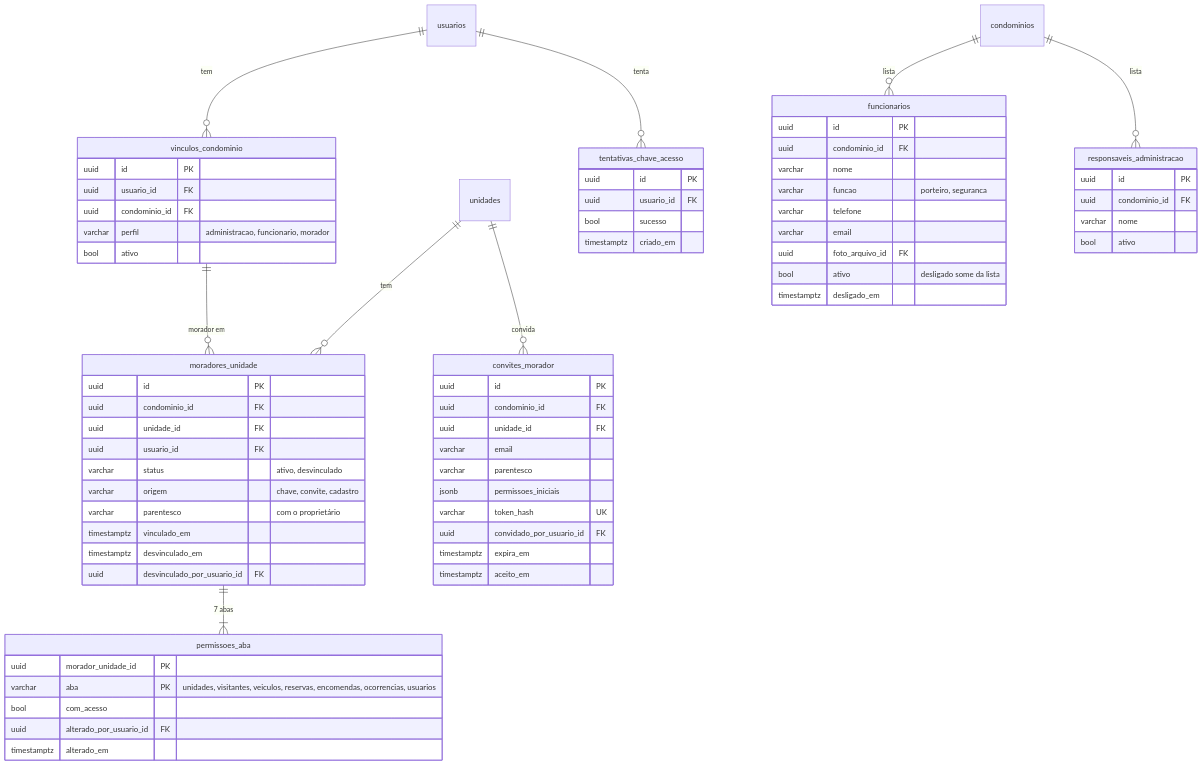
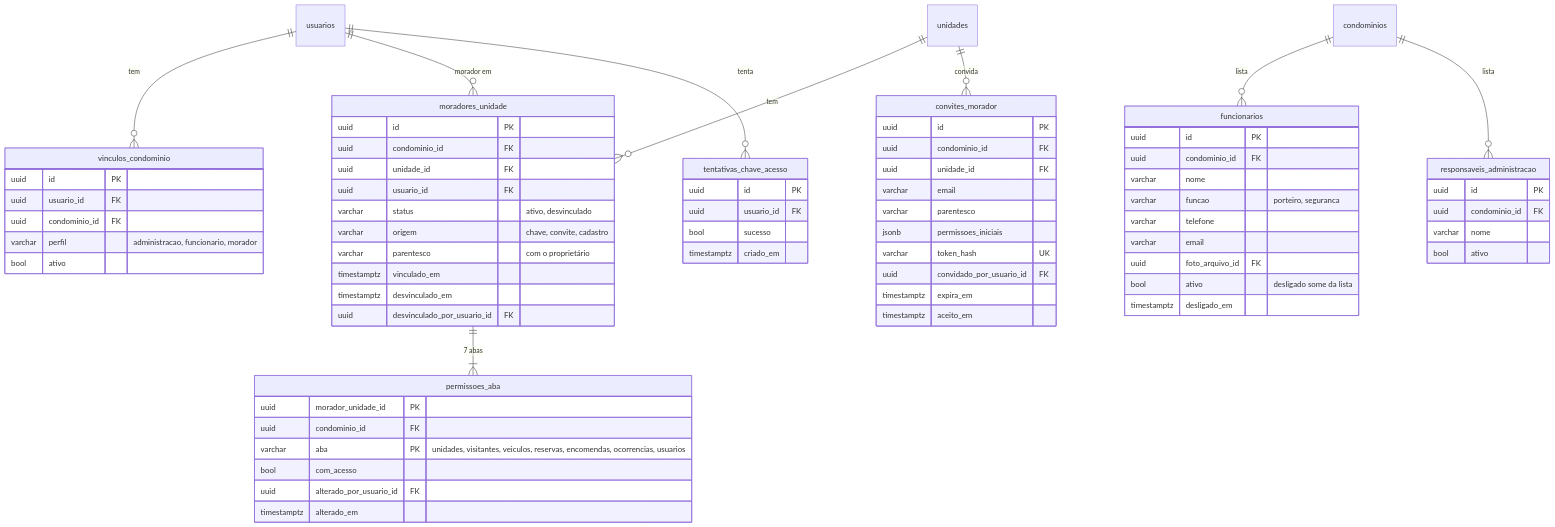
One commit to Eduardocin/sistema-gestao-condominios changed the second of 5 diagrams in docs/modelo-de-dados.md. Above: the diagram before and after it, drawn with Mermaid. The commit also changed other lines of this file, not shown here.

Commit message:
docs(banco): corrige lacunas de condominio_id e regras do DER

````diff
--- a/docs/modelo-de-dados.md
+++ b/docs/modelo-de-dados.md
@@ -150,73 +150,74 @@
 ```mermaid
 erDiagram
     usuarios ||--o{ vinculos_condominio : "tem"
-    vinculos_condominio ||--o{ moradores_unidade : "morador em"
+    usuarios ||--o{ moradores_unidade : "morador em"
     unidades ||--o{ moradores_unidade : "tem"
     moradores_unidade ||--|{ permissoes_aba : "7 abas"
     unidades ||--o{ convites_morador : "convida"
     usuarios ||--o{ tentativas_chave_acesso : "tenta"
     condominios ||--o{ funcionarios : "lista"
     condominios ||--o{ responsaveis_administracao : "lista"
 
     vinculos_condominio {
         uuid id PK
         uuid usuario_id FK
         uuid condominio_id FK
         varchar perfil "administracao, funcionario, morador"
         bool ativo
     }
     moradores_unidade {
         uuid id PK
         uuid condominio_id FK
         uuid unidade_id FK
         uuid usuario_id FK
         varchar status "ativo, desvinculado"
         varchar origem "chave, convite, cadastro"
         varchar parentesco "com o proprietário"
         timestamptz vinculado_em
         timestamptz desvinculado_em
         uuid desvinculado_por_usuario_id FK
     }
     permissoes_aba {
         uuid morador_unidade_id PK
+        uuid condominio_id FK
         varchar aba PK "unidades, visitantes, veiculos, reservas, encomendas, ocorrencias, usuarios"
         bool com_acesso
         uuid alterado_por_usuario_id FK
         timestamptz alterado_em
     }
     convites_morador {
         uuid id PK
         uuid condominio_id FK
         uuid unidade_id FK
         varchar email
         varchar parentesco
         jsonb permissoes_iniciais
         varchar token_hash UK
         uuid convidado_por_usuario_id FK
         timestamptz expira_em
         timestamptz aceito_em
     }
     tentativas_chave_acesso {
         uuid id PK
         uuid usuario_id FK
         bool sucesso
         timestamptz criado_em
     }
     funcionarios {
         uuid id PK
         uuid condominio_id FK
         varchar nome
         varchar funcao "porteiro, seguranca"
         varchar telefone
         varchar email
         uuid foto_arquivo_id FK
         bool ativo "desligado some da lista"
         timestamptz desligado_em
     }
     responsaveis_administracao {
         uuid id PK
         uuid condominio_id FK
         varchar nome
         bool ativo
     }
 ```
````
